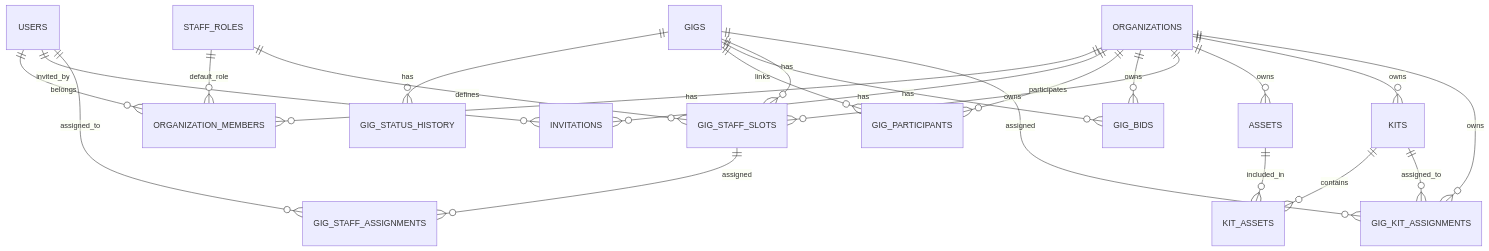
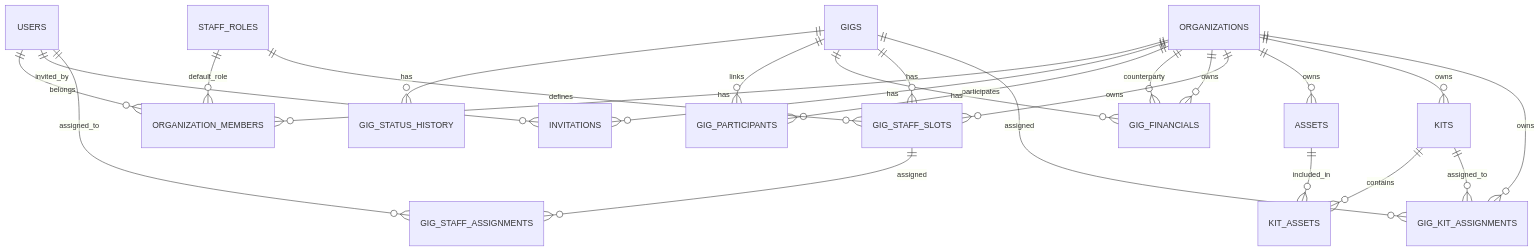
The diagram in docs/technical/database.md (corourke/GigManager), drawn with Mermaid before and after one commit. The commit also changed other lines of this file and 14 other files, not shown here.

Commit message:
Centralize Gig Financials

````diff
--- a/docs/technical/database.md
+++ b/docs/technical/database.md
@@ -93,34 +93,35 @@
 ```mermaid
 erDiagram
   %% Core organizational structure
   USERS ||--o{ ORGANIZATION_MEMBERS : belongs
   ORGANIZATIONS ||--o{ ORGANIZATION_MEMBERS : has
   ORGANIZATIONS ||--o{ INVITATIONS : has
   USERS ||--o{ INVITATIONS : invited_by
   STAFF_ROLES ||--o{ ORGANIZATION_MEMBERS : default_role
 
   %% Gig management and participation
   GIGS ||--o{ GIG_STATUS_HISTORY : has
   GIGS ||--o{ GIG_PARTICIPANTS : links
   ORGANIZATIONS ||--o{ GIG_PARTICIPANTS : participates
 
-  %% Bid management
-  GIGS ||--o{ GIG_BIDS : has
-  ORGANIZATIONS ||--o{ GIG_BIDS : owns
+  %% Financial management
+  GIGS ||--o{ GIG_FINANCIALS : has
+  ORGANIZATIONS ||--o{ GIG_FINANCIALS : counterparty
+  ORGANIZATIONS ||--o{ GIG_FINANCIALS : owns
 
   %% Staff management
   USERS ||--o{ GIG_STAFF_ASSIGNMENTS : assigned_to
   STAFF_ROLES ||--o{ GIG_STAFF_SLOTS : defines
   GIGS ||--o{ GIG_STAFF_SLOTS : has
   ORGANIZATIONS ||--o{ GIG_STAFF_SLOTS : owns
   GIG_STAFF_SLOTS ||--o{ GIG_STAFF_ASSIGNMENTS : assigned
 
   %% Equipment management
   ORGANIZATIONS ||--o{ ASSETS : owns
   ORGANIZATIONS ||--o{ KITS : owns
   KITS ||--o{ KIT_ASSETS : contains
   ASSETS ||--o{ KIT_ASSETS : included_in
   GIGS ||--o{ GIG_KIT_ASSIGNMENTS : assigned
   KITS ||--o{ GIG_KIT_ASSIGNMENTS : assigned_to
   ORGANIZATIONS ||--o{ GIG_KIT_ASSIGNMENTS : owns
 ```
````
